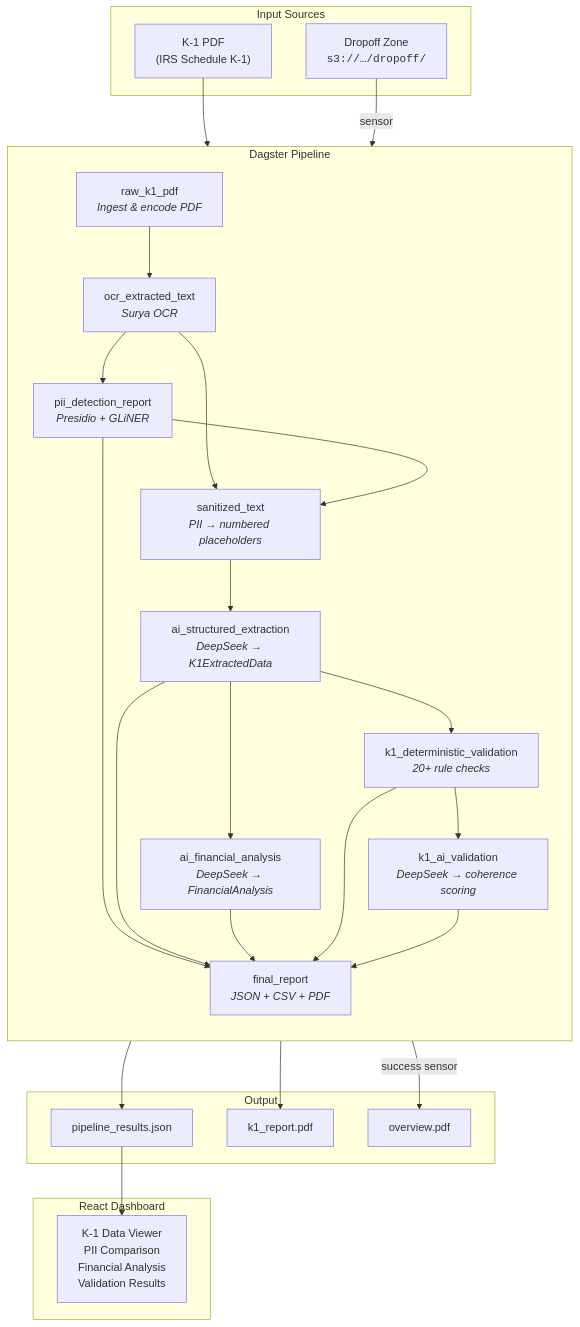
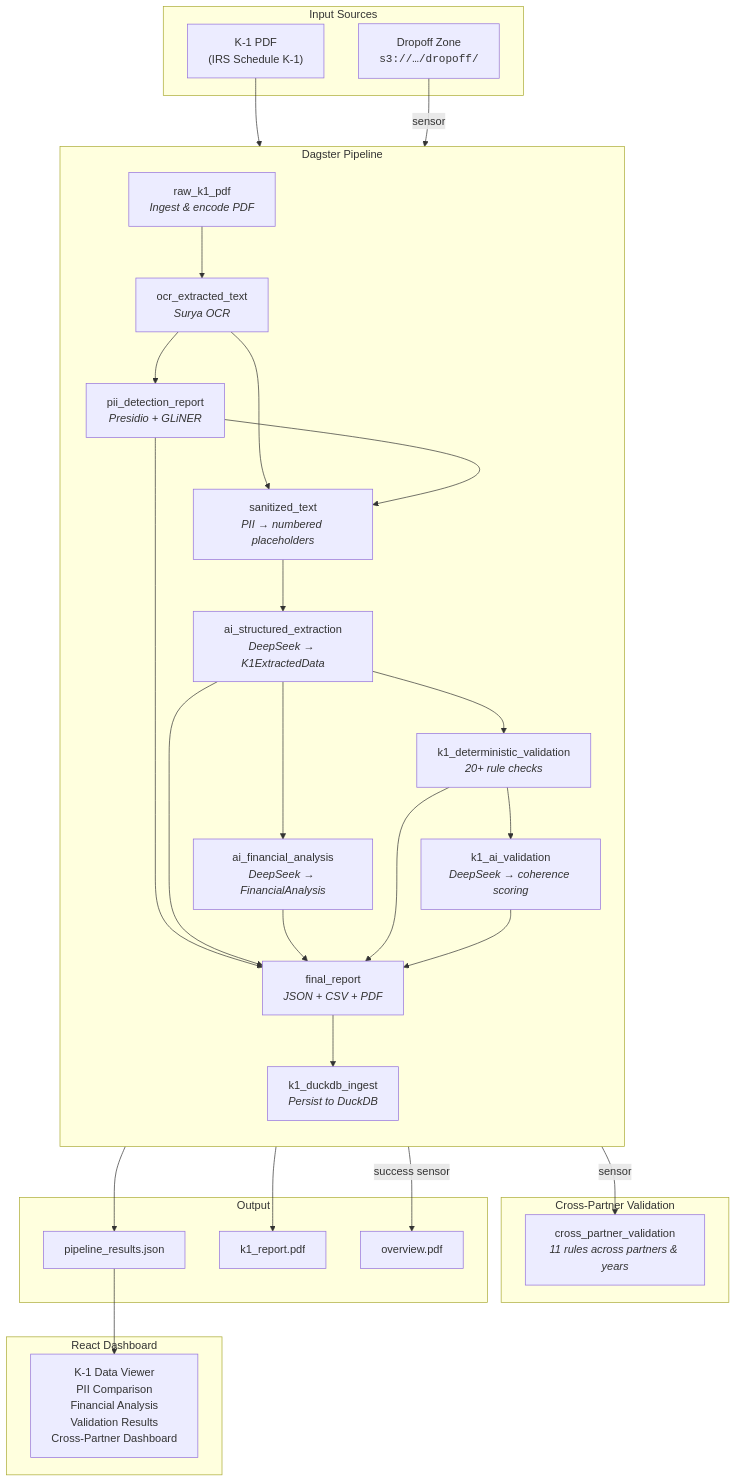
Before and after one commit to danielpodrazka/dagster-document-intelligence: the first of 9 diagrams in README.md, drawn with Mermaid. The commit also changed other lines of this file and 11 other files, not shown here.

First line of the commit message:
Add cross-partner validation system with DuckDB persistence

````diff
--- a/README.md
+++ b/README.md
@@ -13,50 +13,57 @@
 ```mermaid
 graph TB
     subgraph Input["Input Sources"]
         A["K-1 PDF<br/>(IRS Schedule K-1)"]
         B["Dropoff Zone<br/><code>s3://…/dropoff/</code>"]
     end
 
     subgraph Dagster["Dagster Pipeline"]
         direction TB
         C["raw_k1_pdf<br/><i>Ingest & encode PDF</i>"]
         D["ocr_extracted_text<br/><i>Surya OCR</i>"]
         E["pii_detection_report<br/><i>Presidio + GLiNER</i>"]
         F["sanitized_text<br/><i>PII → numbered placeholders</i>"]
         G["ai_structured_extraction<br/><i>DeepSeek → K1ExtractedData</i>"]
         H["ai_financial_analysis<br/><i>DeepSeek → FinancialAnalysis</i>"]
         V1["k1_deterministic_validation<br/><i>20+ rule checks</i>"]
         V2["k1_ai_validation<br/><i>DeepSeek → coherence scoring</i>"]
         I["final_report<br/><i>JSON + CSV + PDF</i>"]
+        DB["k1_duckdb_ingest<br/><i>Persist to DuckDB</i>"]
+    end
+
+    subgraph CrossPartner["Cross-Partner Validation"]
+        CP["cross_partner_validation<br/><i>11 rules across partners & years</i>"]
     end
 
     subgraph Output["Output"]
         J["pipeline_results.json"]
         K["k1_report.pdf"]
         L["overview.pdf"]
     end
 
     subgraph Frontend["React Dashboard"]
-        M["K-1 Data Viewer<br/>PII Comparison<br/>Financial Analysis<br/>Validation Results"]
+        M["K-1 Data Viewer<br/>PII Comparison<br/>Financial Analysis<br/>Validation Results<br/>Cross-Partner Dashboard"]
     end
 
     A --> C
     B -->|sensor| C
     C --> D
     D --> E
     D --> F
     E --> F
     F --> G
     G --> H
     G --> V1
     V1 --> V2
     E --> I
     G --> I
     H --> I
     V1 --> I
     V2 --> I
     I --> J
     I --> K
     I -->|success sensor| L
+    I --> DB
+    DB -->|sensor| CP
     J --> M
 ```
````
